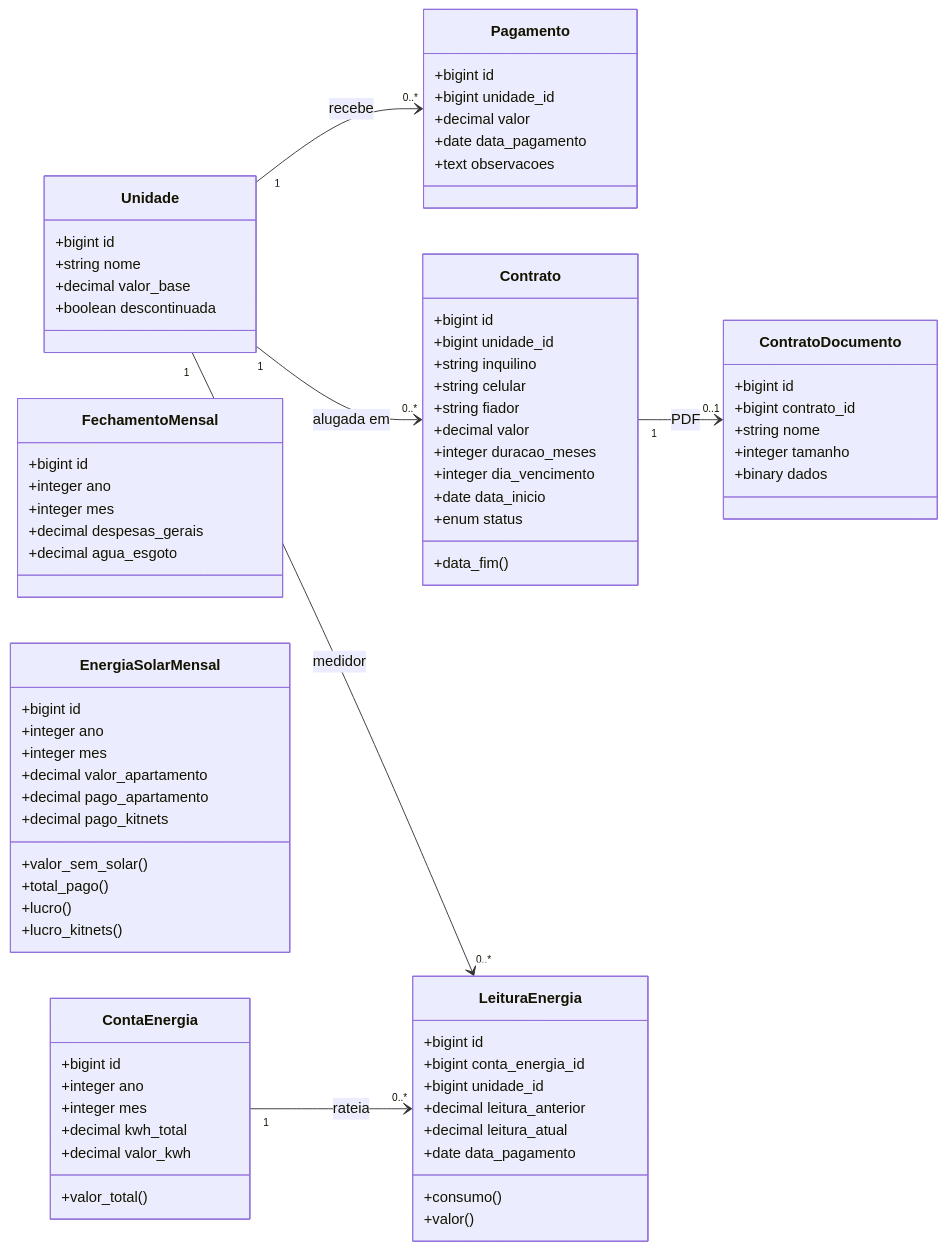
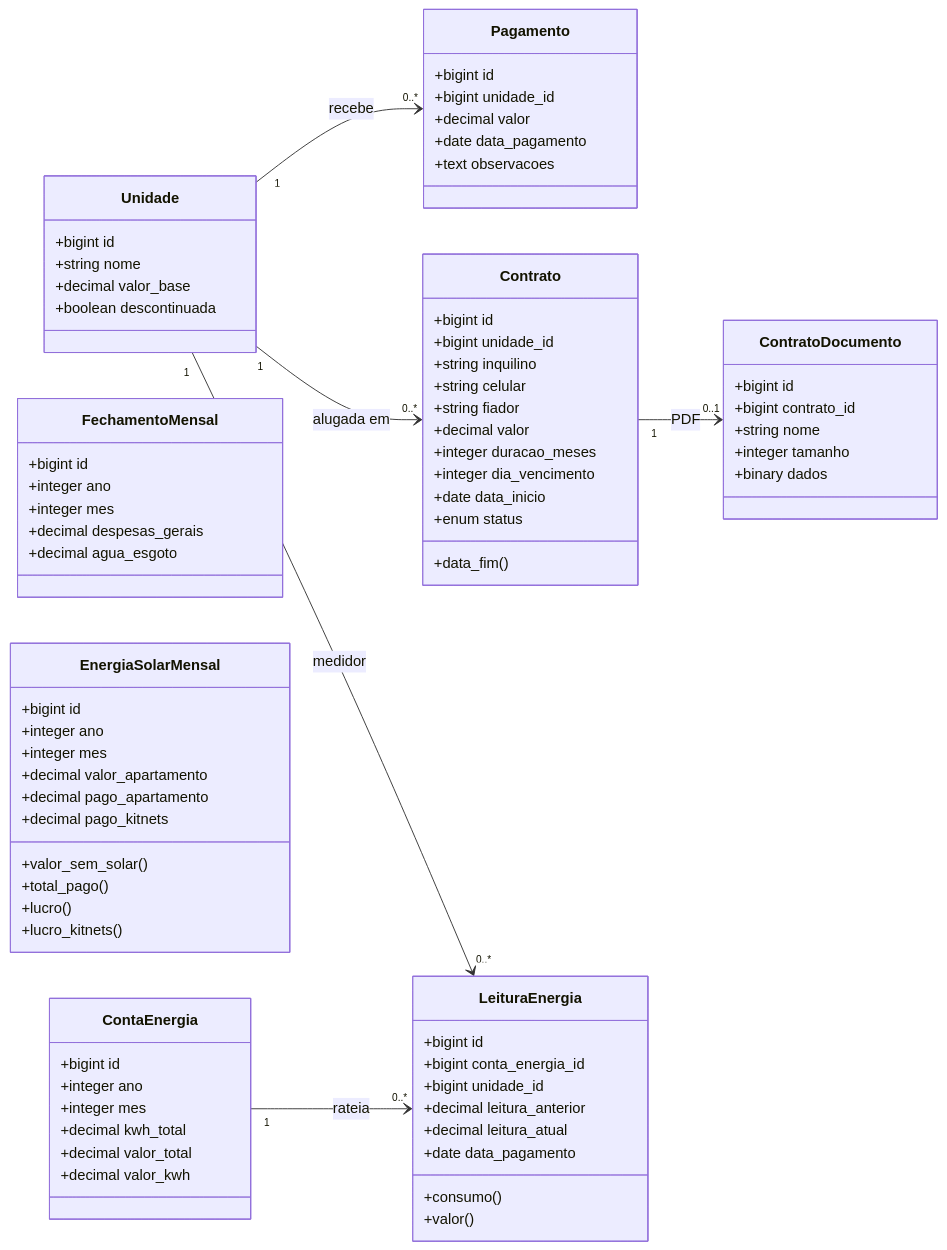
One commit to keandro/kitnet changed the diagram in README.md. Above: the diagram before and after it, drawn with Mermaid. The commit also changed other lines of this file and 7 other files, not shown here.

```diff
--- a/README.md
+++ b/README.md
@@ -112,8 +112,8 @@
         +integer ano
         +integer mes
         +decimal kwh_total
+        +decimal valor_total
         +decimal valor_kwh
-        +valor_total()
     }
 
     class LeituraEnergia {
```
